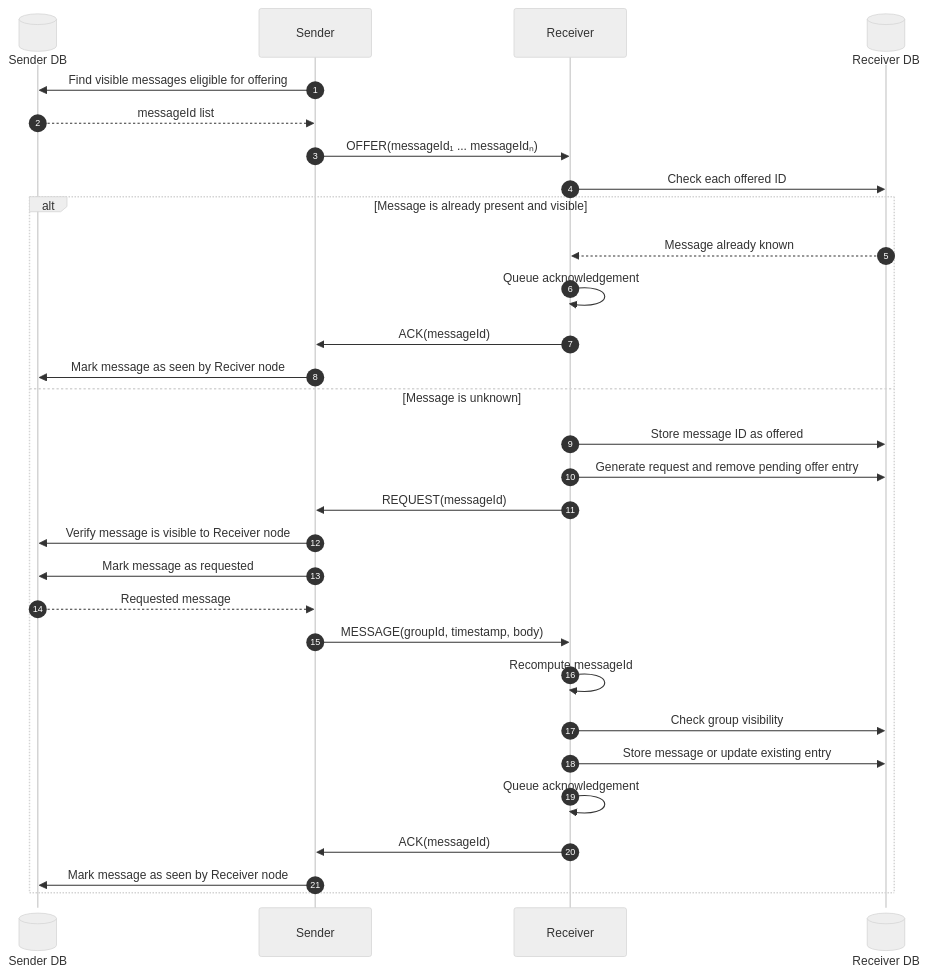
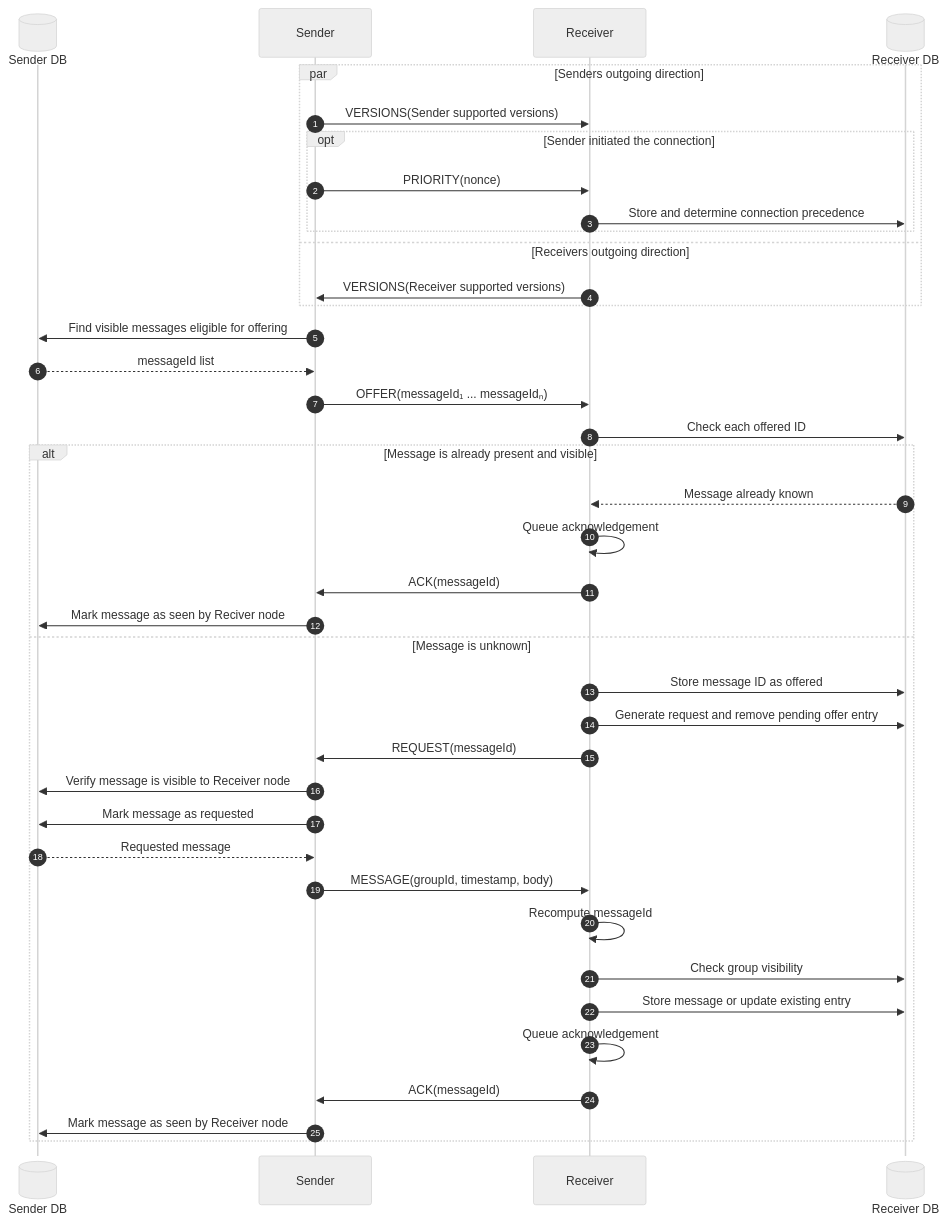
Before and after one commit to SweersJ/Decentralised-Safety---A-Protocol-for-Peer-to-Peer-Emergency-Communication: the diagram in documentation/01_BSP/diagrams/sequence/sequenceDiagram-duplexSync_detailed.mermaid, drawn with Mermaid (neutral theme). The commit also changed 1 other file, not shown here.

Commit message:
Add priority and versions to sequence diagrams

```diff
--- a/documentation/01_BSP/diagrams/sequence/sequenceDiagram-duplexSync_detailed.mermaid
+++ b/documentation/01_BSP/diagrams/sequence/sequenceDiagram-duplexSync_detailed.mermaid
@@ -1,36 +1,46 @@
 sequenceDiagram
     autonumber
     participant SDB@{ "type" : "database" } as Sender DB
     participant S as Sender
     participant R as Receiver
     participant RDB@{ "type" : "database" } as Receiver DB
+
+    par Senders outgoing direction
+        S->>R: VERSIONS(Sender supported versions)
+        opt Sender initiated the connection
+            S->>R: PRIORITY(nonce)
+            R->>RDB: Store and determine connection precedence
+        end
+    and Receivers outgoing direction
+        R->>S: VERSIONS(Receiver supported versions)
+    end
 
     S->>SDB: Find visible messages eligible for offering
     SDB-->>S: messageId list
     S->>R: OFFER(messageId₁ ... messageIdₙ)
 
     R->>RDB: Check each offered ID
 
     alt Message is already present and visible
         RDB-->>R: Message already known
         R->>R: Queue acknowledgement
         R->>S: ACK(messageId)
         S->>SDB: Mark message as seen by Reciver node
     else Message is unknown
         R->>RDB: Store message ID as offered
         R->>RDB: Generate request and remove pending offer entry
         R->>S: REQUEST(messageId)
 
         S->>SDB: Verify message is visible to Receiver node
         S->>SDB: Mark message as requested
         SDB-->>S: Requested message
         S->>R: MESSAGE(groupId, timestamp, body)
 
         R->>R: Recompute messageId
         R->>RDB: Check group visibility
         R->>RDB: Store message or update existing entry
         R->>R: Queue acknowledgement
         R->>S: ACK(messageId)
 
         S->>SDB: Mark message as seen by Receiver node
     end
```
